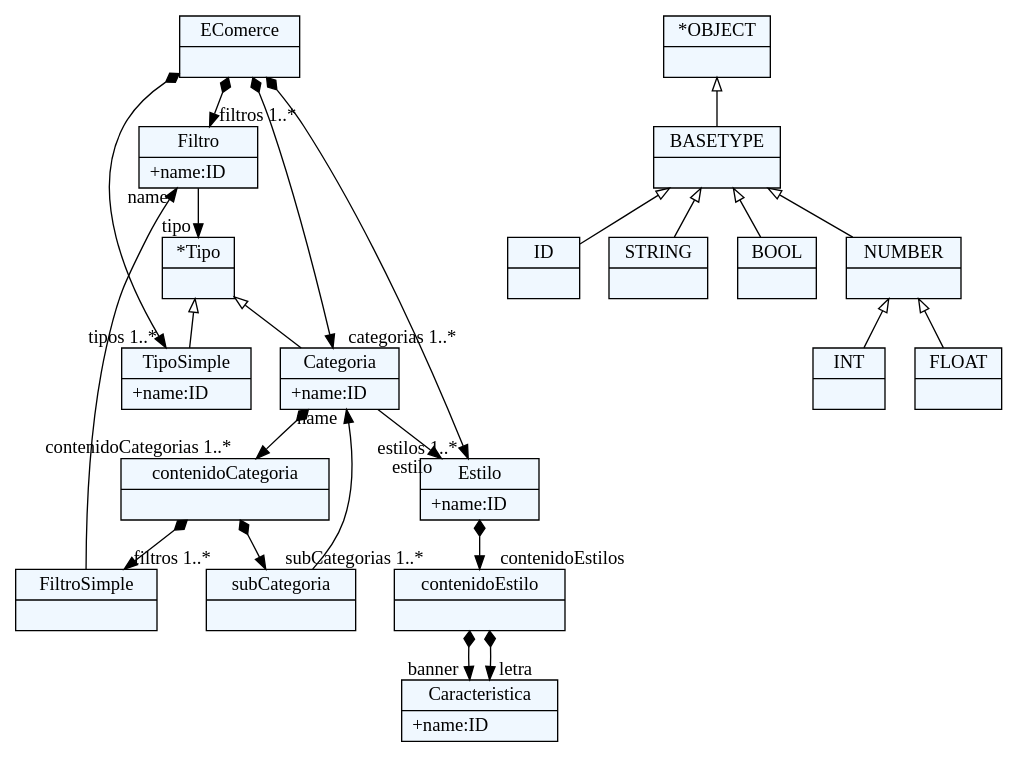
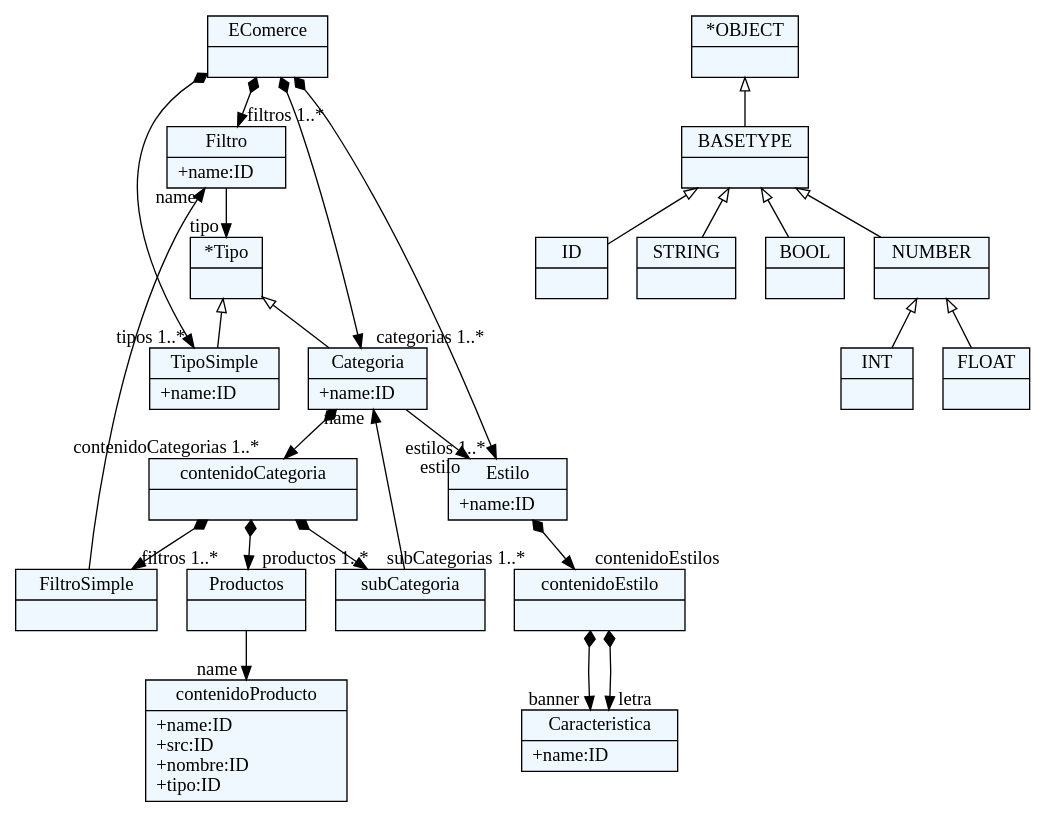
One commit to ARTUROOBREGON13/GenCodigoDSL changed the diagram in dotexport/categoria_meta.dot. Above: the diagram before and after it, drawn with Graphviz. The commit also changed 33 other files, not shown here.

```diff
--- a/dotexport/categoria_meta.dot
+++ b/dotexport/categoria_meta.dot
@@ -1,76 +1,82 @@
 
     digraph xtext {
     fontname = "Bitstream Vera Sans"
     fontsize = 8
     node[
         shape=record,
         style=filled,
         fillcolor=aliceblue
     ]
     nodesep = 0.3
     edge[dir=black,arrowtail=empty]
 
 
-56392984 -> 56334224[arrowtail=diamond, dir=both, headlabel="tipos 1..*"]
-56392984 -> 56638272[arrowtail=diamond, dir=both, headlabel="filtros 1..*"]
-56392984 -> 56335168[arrowtail=diamond, dir=both, headlabel="estilos 1..*"]
-56392984 -> 56387944[arrowtail=diamond, dir=both, headlabel="categorias 1..*"]
-56392984[ label="{EComerce|}"]
+73891096 -> 73832336[arrowtail=diamond, dir=both, headlabel="tipos 1..*"]
+73891096 -> 74158600[arrowtail=diamond, dir=both, headlabel="filtros 1..*"]
+73891096 -> 73833280[arrowtail=diamond, dir=both, headlabel="estilos 1..*"]
+73891096 -> 73886056[arrowtail=diamond, dir=both, headlabel="categorias 1..*"]
+73891096[ label="{EComerce|}"]
 
-56335168 -> 56649616[arrowtail=diamond, dir=both, headlabel="contenidoEstilos "]
-56335168[ label="{Estilo|+name:ID\l}"]
+73833280 -> 74161432[arrowtail=diamond, dir=both, headlabel="contenidoEstilos "]
+73833280[ label="{Estilo|+name:ID\l}"]
 
-56387944 -> 56335168[headlabel="estilo "]
-56387944 -> 56385584[arrowtail=diamond, dir=both, headlabel="contenidoCategorias 1..*"]
-56387944[ label="{Categoria|+name:ID\l}"]
+73886056 -> 73833280[headlabel="estilo "]
+73886056 -> 74145840[arrowtail=diamond, dir=both, headlabel="contenidoCategorias 1..*"]
+73886056[ label="{Categoria|+name:ID\l}"]
 
-56385584 -> 56636856[arrowtail=diamond, dir=both, headlabel="filtros 1..*"]
-56385584 -> 56635440[arrowtail=diamond, dir=both, headlabel="subCategorias 1..*"]
-56385584[ label="{contenidoCategoria|}"]
+74145840 -> 74148672[arrowtail=diamond, dir=both, headlabel="filtros 1..*"]
+74145840 -> 74147256[arrowtail=diamond, dir=both, headlabel="subCategorias 1..*"]
+74145840 -> 74159544[arrowtail=diamond, dir=both, headlabel="productos 1..*"]
+74145840[ label="{contenidoCategoria|}"]
 
-56635440 -> 56387944[headlabel="name "]
-56635440[ label="{subCategoria|}"]
+74147256 -> 73886056[headlabel="name "]
+74147256[ label="{subCategoria|}"]
 
-56636856 -> 56638272[headlabel="name "]
-56636856[ label="{FiltroSimple|}"]
+74148672 -> 74158600[headlabel="name "]
+74148672[ label="{FiltroSimple|}"]
 
-56638272 -> 56648200[headlabel="tipo "]
-56638272[ label="{Filtro|+name:ID\l}"]
+74158600 -> 74160016[headlabel="tipo "]
+74158600[ label="{Filtro|+name:ID\l}"]
 
-56648200[ label="{*Tipo|}"]
-56648200 -> 56334224 [dir=back]
-56648200 -> 56387944 [dir=back]
+74160016[ label="{*Tipo|}"]
+74160016 -> 73832336 [dir=back]
+74160016 -> 73886056 [dir=back]
 
-56334224[ label="{TipoSimple|+name:ID\l}"]
+73832336[ label="{TipoSimple|+name:ID\l}"]
 
-56649616 -> 56651032[arrowtail=diamond, dir=both, headlabel="banner "]
-56649616 -> 56651032[arrowtail=diamond, dir=both, headlabel="letra "]
-56649616[ label="{contenidoEstilo|}"]
+74161432 -> 74175456[arrowtail=diamond, dir=both, headlabel="banner "]
+74161432 -> 74175456[arrowtail=diamond, dir=both, headlabel="letra "]
+74161432[ label="{contenidoEstilo|}"]
 
-56651032[ label="{Caracteristica|+name:ID\l}"]
+74175456[ label="{Caracteristica|+name:ID\l}"]
 
-56335640[ label="{ID|}"]
+74159544 -> 74146784[headlabel="name "]
+74159544[ label="{Productos|}"]
 
-56390624[ label="{STRING|}"]
+74146784[ label="{contenidoProducto|+name:ID\l+src:ID\l+nombre:ID\l+tipo:ID\l}"]
 
-56392040[ label="{BOOL|}"]
+73833752[ label="{ID|}"]
 
-56447024[ label="{INT|}"]
+73888736[ label="{STRING|}"]
 
-56448440[ label="{FLOAT|}"]
+73890152[ label="{BOOL|}"]
 
-56449856[ label="{NUMBER|}"]
-56449856 -> 56448440 [dir=back]
-56449856 -> 56447024 [dir=back]
+73945136[ label="{INT|}"]
 
-56386056[ label="{BASETYPE|}"]
-56386056 -> 56449856 [dir=back]
-56386056 -> 56392040 [dir=back]
-56386056 -> 56335640 [dir=back]
-56386056 -> 56390624 [dir=back]
+73946552[ label="{FLOAT|}"]
 
-56387472[ label="{*OBJECT|}"]
-56387472 -> 56386056 [dir=back]
+73947968[ label="{NUMBER|}"]
+73947968 -> 73946552 [dir=back]
+73947968 -> 73945136 [dir=back]
+
+73884168[ label="{BASETYPE|}"]
+73884168 -> 73947968 [dir=back]
+73884168 -> 73890152 [dir=back]
+73884168 -> 73833752 [dir=back]
+73884168 -> 73888736 [dir=back]
+
+73885584[ label="{*OBJECT|}"]
+73885584 -> 73884168 [dir=back]
 
 
 }
```
